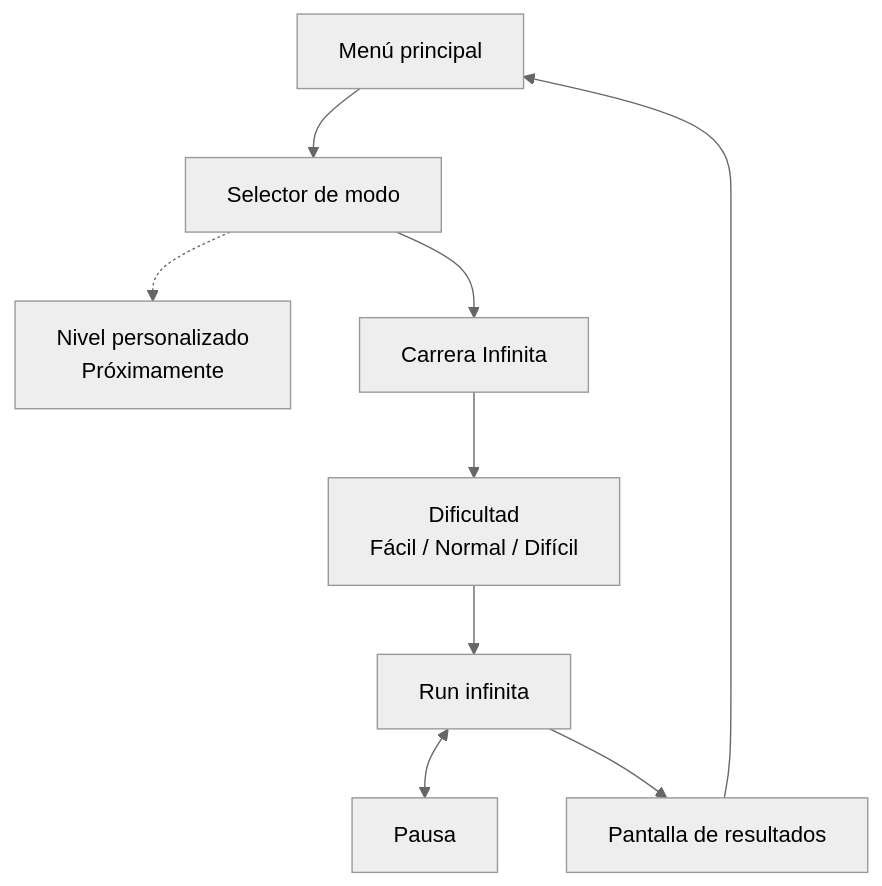
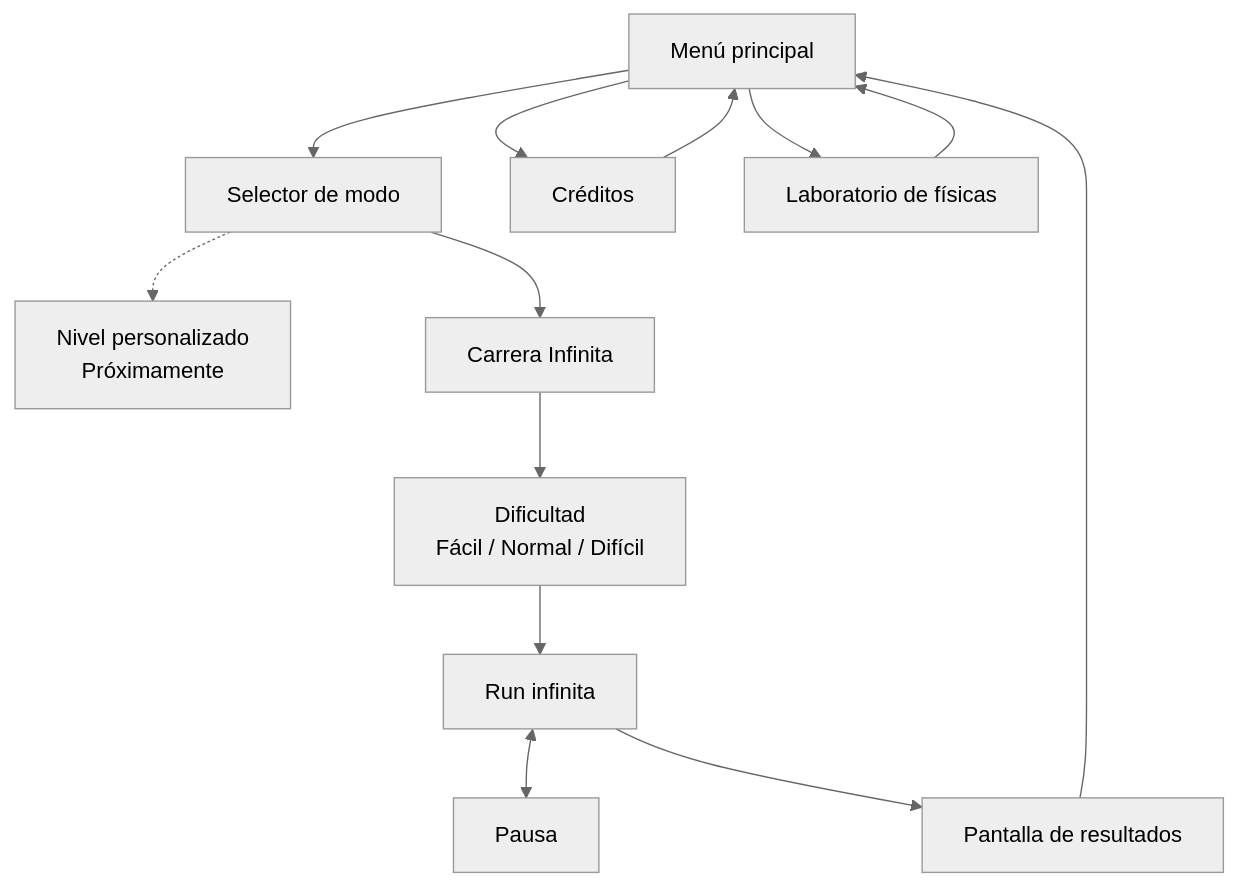
One commit to s1vh-game-jams/FICIV-AnimaGameJam-MudanzasTortugaSL changed the diagram in README.md. Above: the diagram before and after it, drawn with Mermaid (neutral theme). The commit also changed other lines of this file and 29 other files, not shown here.

````diff
--- a/README.md
+++ b/README.md
@@ -273,11 +278,15 @@
 ```mermaid
 flowchart TD
     A[Menú principal] --> B[Selector de modo]
+    A --> H[Créditos]
+    H --> A
+    A --> L[Laboratorio de físicas]
+    L --> A
     B -.-> C[Nivel personalizado<br/>Próximamente]
     B --> D[Carrera Infinita]
     D --> E[Dificultad<br/>Fácil / Normal / Difícil]
     E --> F[Run infinita]
     F <--> P[Pausa]
     F --> G[Pantalla de resultados]
     G --> A
 ```
````
